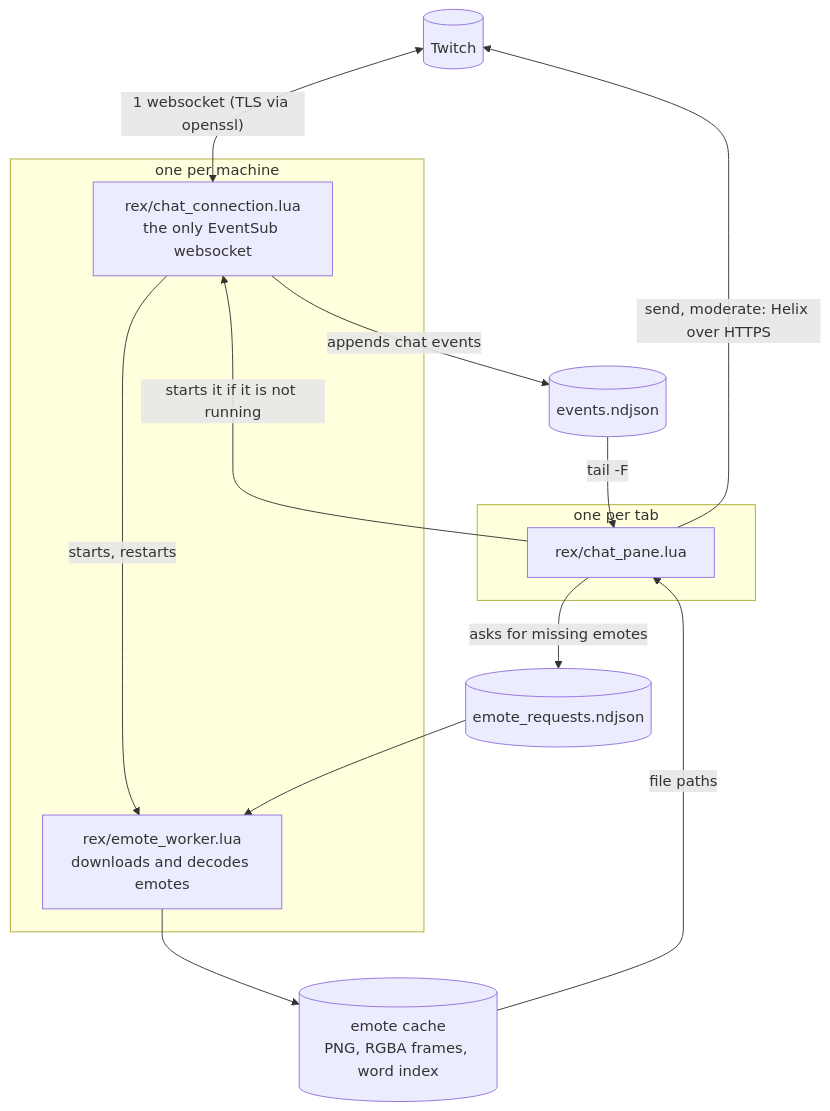
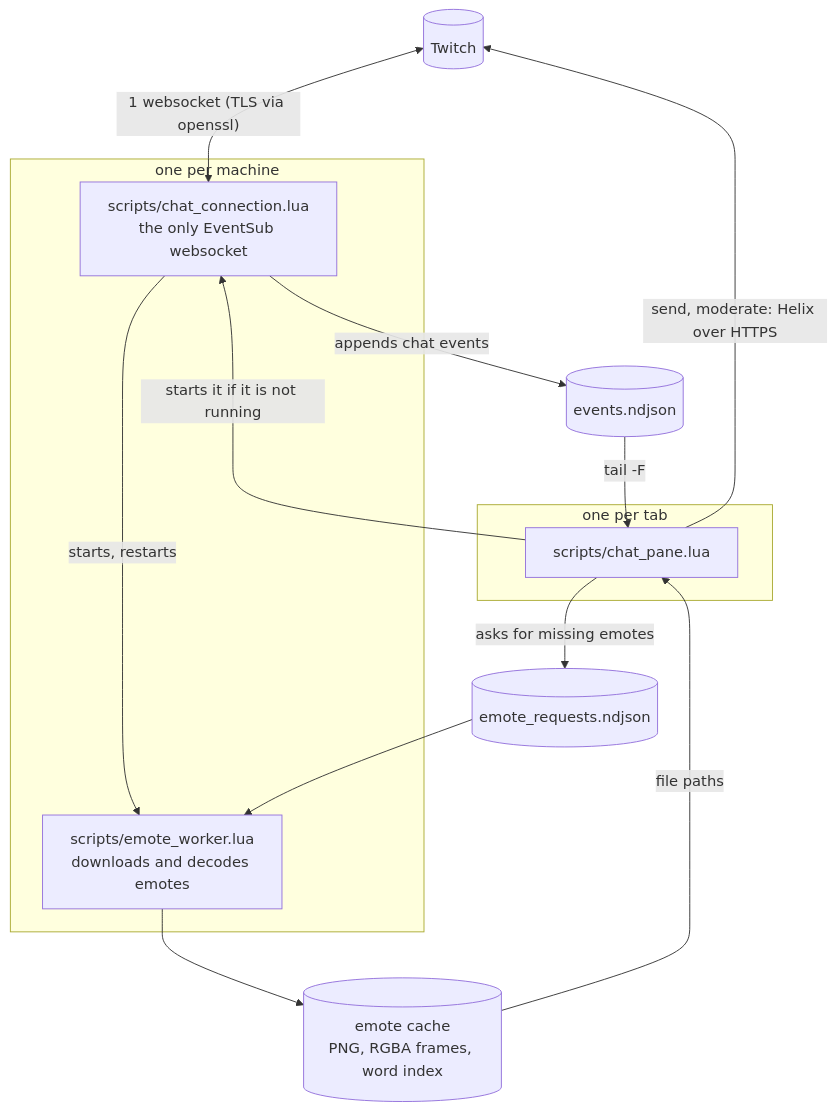
One commit to dmmulroy/twitch-lua changed the diagram in docs/DESIGN.md. Above: the diagram before and after it, drawn with Mermaid. The commit also changed other lines of this file and 135 other files, not shown here.

Commit message:
luarocks: twitch-lua rock; scripts move to lua/twitch/rex/scripts; Helix client is distilled.clients.twitch

````diff
--- a/docs/DESIGN.md
+++ b/docs/DESIGN.md
@@ -8,21 +8,21 @@
 ```mermaid
 flowchart TB
     Twitch[(Twitch)]
     subgraph one ["one per machine"]
-        C["rex/chat_connection.lua<br/>the only EventSub websocket"]
-        W["rex/emote_worker.lua<br/>downloads and decodes emotes"]
+        C["scripts/chat_connection.lua<br/>the only EventSub websocket"]
+        W["scripts/emote_worker.lua<br/>downloads and decodes emotes"]
     end
     subgraph many ["one per tab"]
-        P["rex/chat_pane.lua"]
+        P["scripts/chat_pane.lua"]
     end
     Twitch <-- "1 websocket (TLS via openssl)" --> C
     C -- "appends chat events" --> L[("events.ndjson")]
     L -- "tail -F" --> P
     P -- "send, moderate: Helix over HTTPS" --> Twitch
     P -- "starts it if it is not running" --> C
     C -- "starts, restarts" --> W
     P -- "asks for missing emotes" --> Q[("emote_requests.ndjson")]
     Q --> W
     W --> E[("emote cache<br/>PNG, RGBA frames, word index")]
     E -- "file paths" --> P
 ```
````
